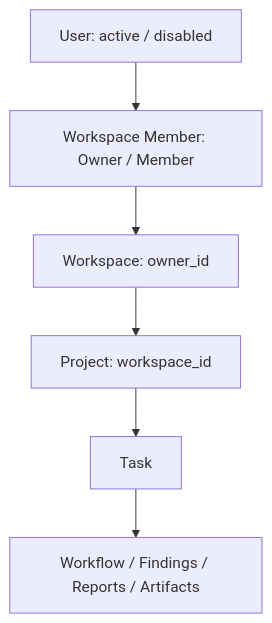
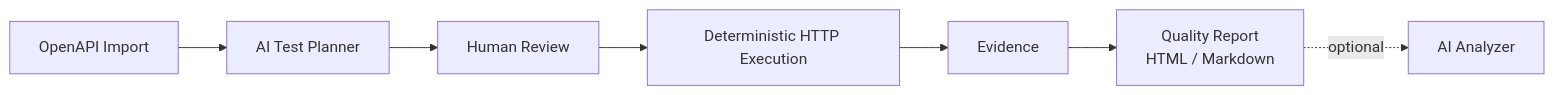
One commit to jayoffans/AutoQA-Agent changed the diagram in README.md. Above: the diagram before and after it, drawn with Mermaid. The commit also changed other lines of this file, not shown here.

````diff
--- a/README.md
+++ b/README.md
@@ -41,8 +13,9 @@
-```mermaid
-flowchart TD
-    User[User: active / disabled] --> Membership[Workspace Member: Owner / Member]
-    Membership --> Workspace[Workspace: owner_id]
-    Workspace --> Project[Project: workspace_id]
-    Project --> Task[Task]
-    Task --> Workflow[Workflow / Findings / Reports / Artifacts]
-```
+~~~mermaid
+flowchart LR
+    A[OpenAPI Import] --> B[AI Test Planner]
+    B --> C[Human Review]
+    C --> D[Deterministic HTTP Execution]
+    D --> E[Evidence]
+    E --> F[Quality Report<br/>HTML / Markdown]
+    F -. optional .-> G[AI Analyzer]
+~~~
````
